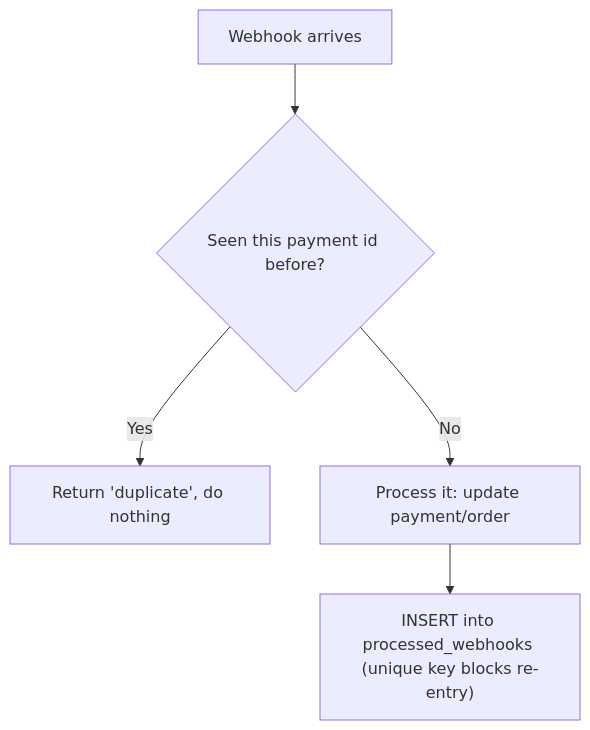
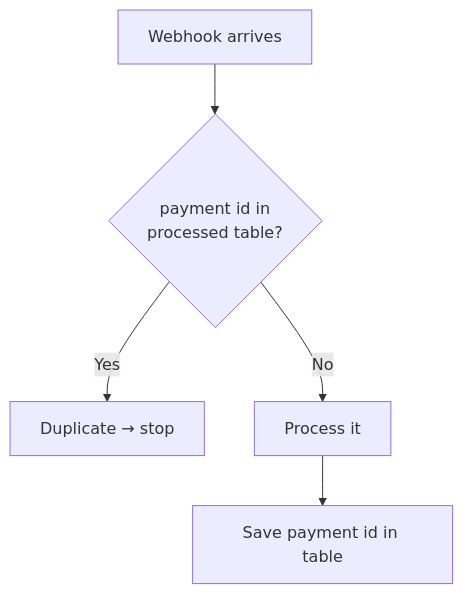
One commit to sankha-patra/Ebusiness-Platform changed the fifth of 10 diagrams in STUDY_GUIDE.md. Above: the diagram before and after it, drawn with Mermaid. The commit also changed other lines of this file, not shown here.

First line of the commit message:
Rewrite study guide into phase-based flows with simpler diagrams

````diff
--- a/STUDY_GUIDE.md
+++ b/STUDY_GUIDE.md
@@ -222,7 +146,7 @@
 ```mermaid
 flowchart TD
-    W["Webhook arrives"] --> C{"Seen this payment id before?"}
-    C -->|Yes| DUP["Return 'duplicate', do nothing"]
-    C -->|No| ACT["Process it: update payment/order"]
-    ACT --> SAVE["INSERT into processed_webhooks (unique key blocks re-entry)"]
+    A["Webhook arrives"] --> B{"payment id in<br/>processed table?"}
+    B -->|Yes| C["Duplicate → stop"]
+    B -->|No| D["Process it"]
+    D --> E["Save payment id in table"]
 ```
````
